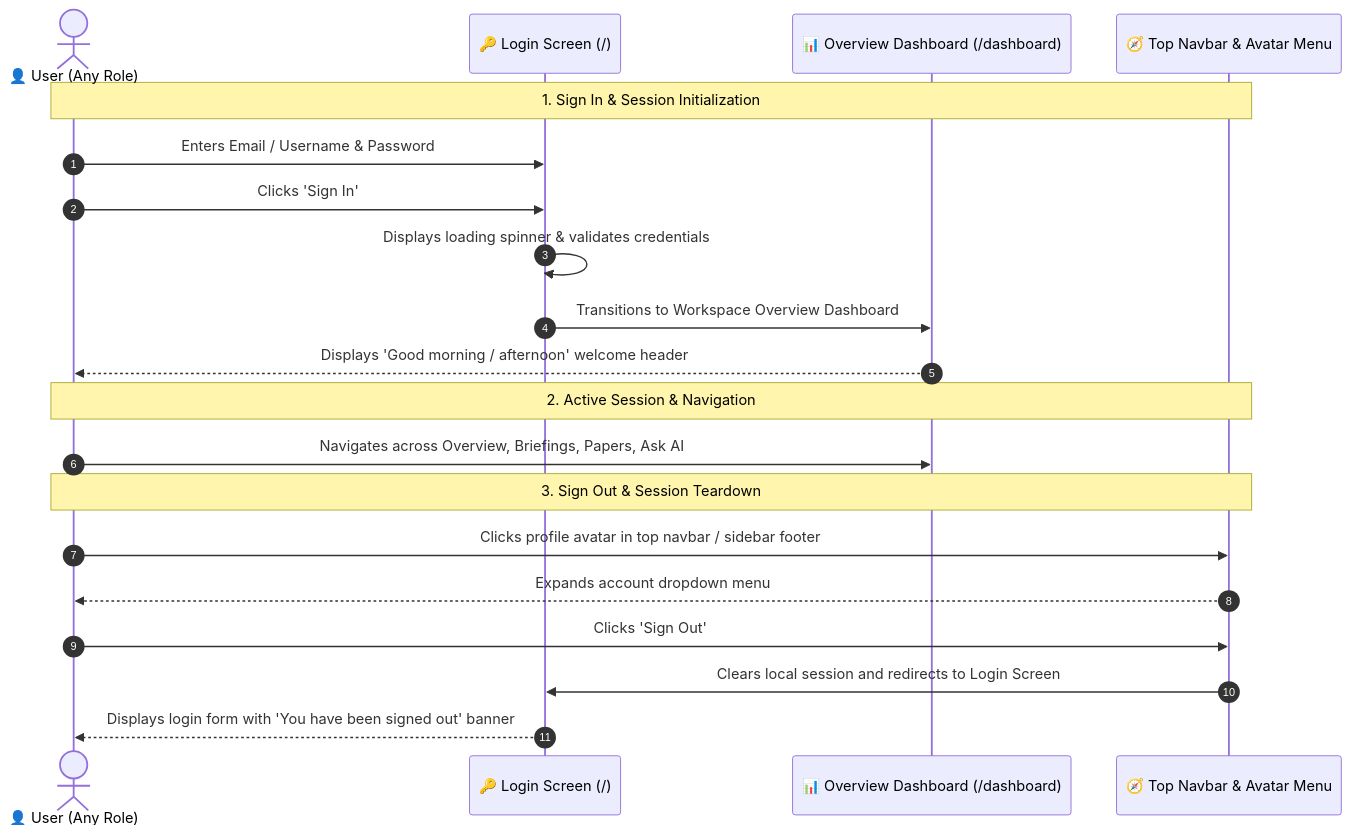
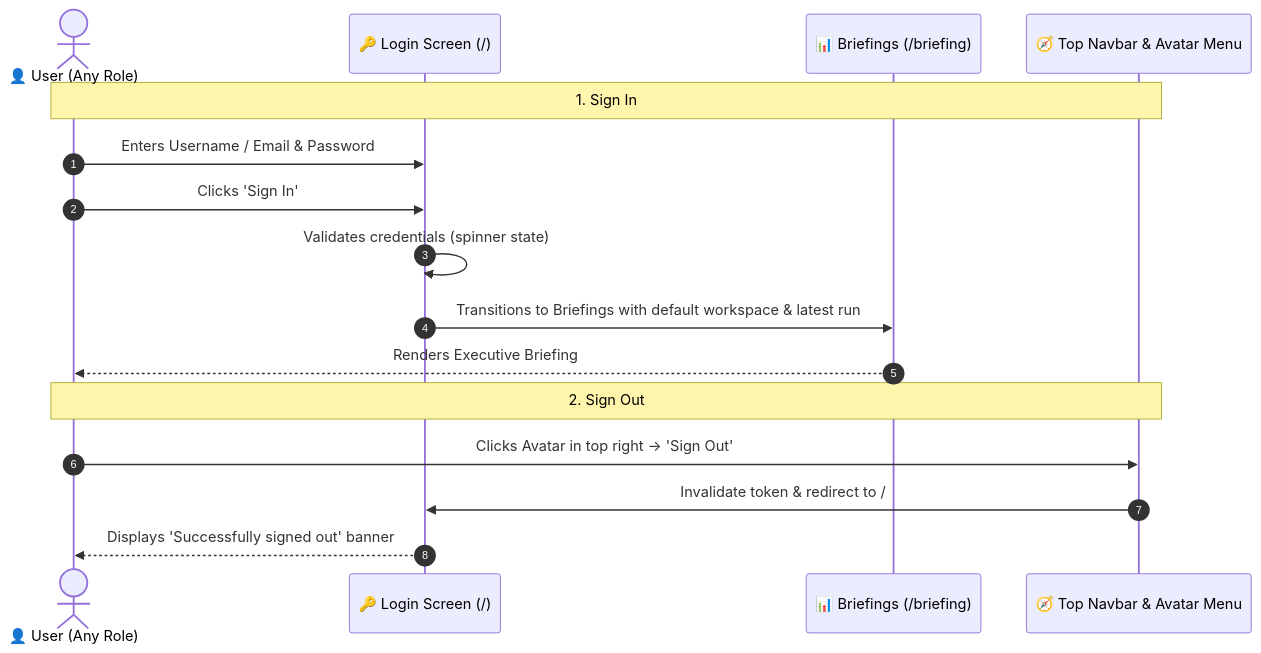
The fifth of 6 diagrams in docs/user_journeys/stage_2_user_journeys.md (p4ku/research-intelligence), drawn with Mermaid before and after one commit. The commit also changed other lines of this file, not shown here.

Commit message:
docs: align stage 2 user journeys with 4-pillar hand-drawn architecture mockups

````diff
--- a/docs/user_journeys/stage_2_user_journeys.md
+++ b/docs/user_journeys/stage_2_user_journeys.md
@@ -258,25 +312,20 @@
 ```mermaid
 sequenceDiagram
     autonumber
     actor User as 👤 User (Any Role)
     participant LoginScreen as 🔑 Login Screen (/)
-    participant Dashboard as 📊 Overview Dashboard (/dashboard)
+    participant Briefing as 📊 Briefings (/briefing)
     participant AvatarMenu as 🧭 Top Navbar & Avatar Menu
 
-    Note over User,AvatarMenu: 1. Sign In & Session Initialization
-    User->>LoginScreen: Enters Email / Username & Password
+    Note over User,AvatarMenu: 1. Sign In
+    User->>LoginScreen: Enters Username / Email & Password
     User->>LoginScreen: Clicks 'Sign In'
-    LoginScreen->>LoginScreen: Displays loading spinner & validates credentials
-    LoginScreen->>Dashboard: Transitions to Workspace Overview Dashboard
-    Dashboard-->>User: Displays 'Good morning / afternoon' welcome header
+    LoginScreen->>LoginScreen: Validates credentials (spinner state)
+    LoginScreen->>Briefing: Transitions to Briefings with default workspace & latest run
+    Briefing-->>User: Renders Executive Briefing
 
-    Note over User,AvatarMenu: 2. Active Session & Navigation
-    User->>Dashboard: Navigates across Overview, Briefings, Papers, Ask AI
-
-    Note over User,AvatarMenu: 3. Sign Out & Session Teardown
-    User->>AvatarMenu: Clicks profile avatar in top navbar / sidebar footer
-    AvatarMenu-->>User: Expands account dropdown menu
-    User->>AvatarMenu: Clicks 'Sign Out'
-    AvatarMenu->>LoginScreen: Clears local session and redirects to Login Screen
-    LoginScreen-->>User: Displays login form with 'You have been signed out' banner
+    Note over User,AvatarMenu: 2. Sign Out
+    User->>AvatarMenu: Clicks Avatar in top right -> 'Sign Out'
+    AvatarMenu->>LoginScreen: Invalidate token & redirect to /
+    LoginScreen-->>User: Displays 'Successfully signed out' banner
 ```
````
